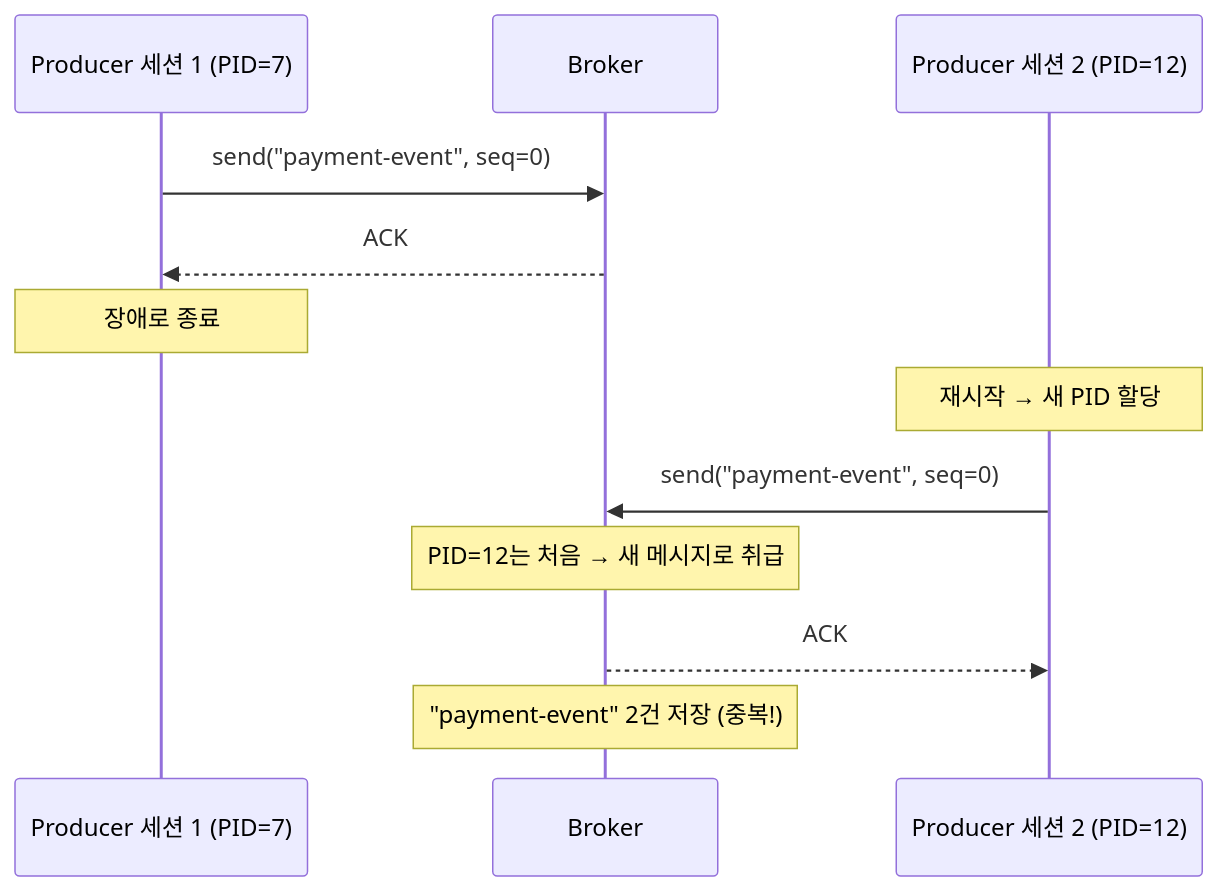
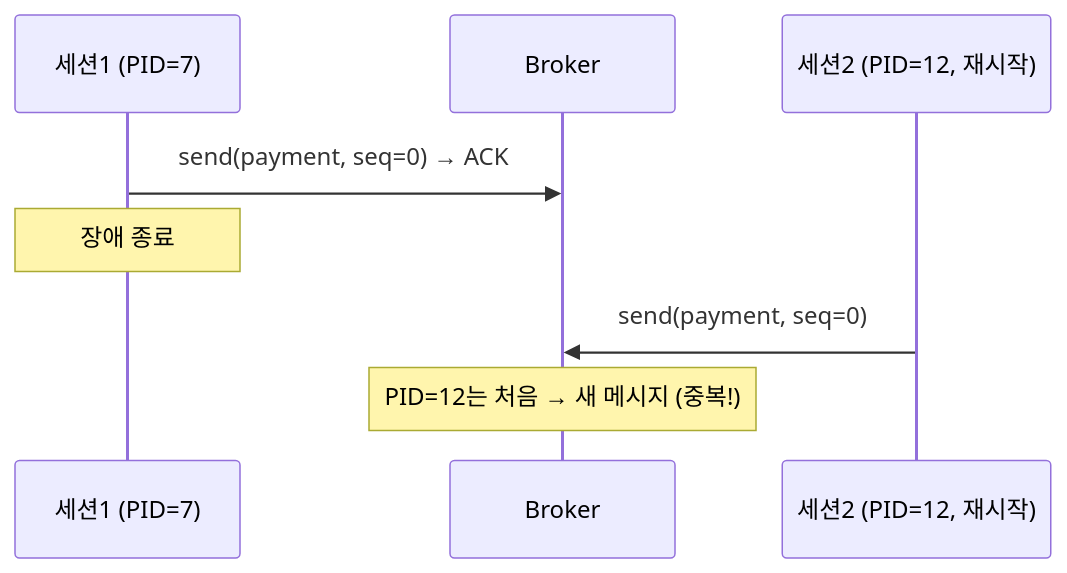
One commit to ghtjr410/kafka-lab changed the first of 3 diagrams in docs/book/2-spring/06-eos-transactions.md. Above: the diagram before and after it, drawn with Mermaid. The commit also changed other lines of this file and 1 other file, not shown here.

````diff
--- a/docs/book/2-spring/06-eos-transactions.md
+++ b/docs/book/2-spring/06-eos-transactions.md
@@ -45,18 +19,10 @@
 ```mermaid
 sequenceDiagram
-    participant P1 as Producer 세션 1 (PID=7)
+    participant P1 as 세션1 (PID=7)
     participant B as Broker
-    participant P2 as Producer 세션 2 (PID=12)
-
-    P1->>B: send("payment-event", seq=0)
-    B-->>P1: ACK
-    Note over P1: 장애로 종료
-
-    Note over P2: 재시작 → 새 PID 할당
-
-    P2->>B: send("payment-event", seq=0)
-    Note over B: PID=12는 처음 → 새 메시지로 취급
-    B-->>P2: ACK
-
-    Note over B: "payment-event" 2건 저장 (중복!)
+    participant P2 as 세션2 (PID=12, 재시작)
+    P1->>B: send(payment, seq=0) → ACK
+    Note over P1: 장애 종료
+    P2->>B: send(payment, seq=0)
+    Note over B: PID=12는 처음 → 새 메시지 (중복!)
 ```
````
